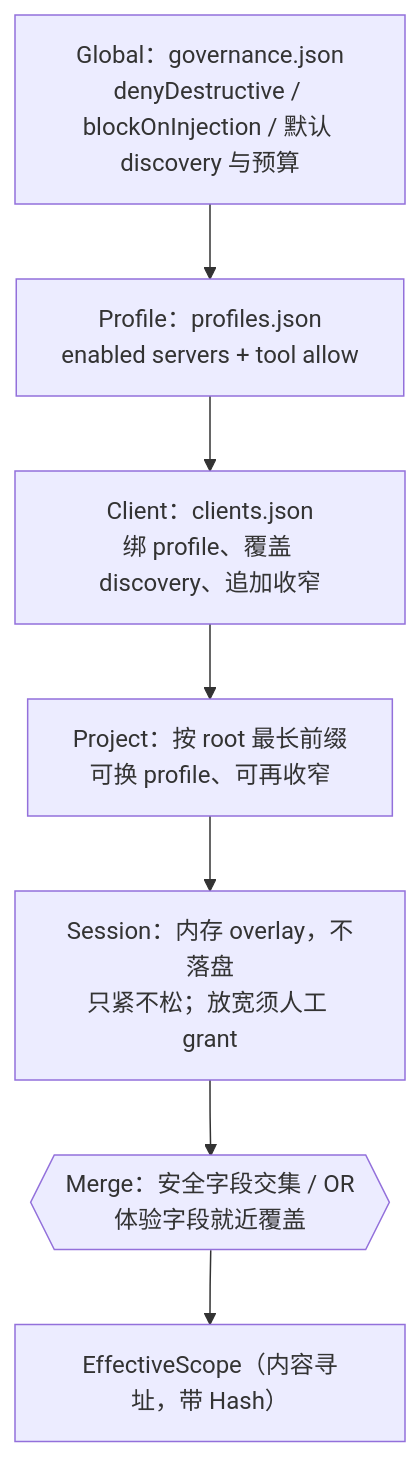
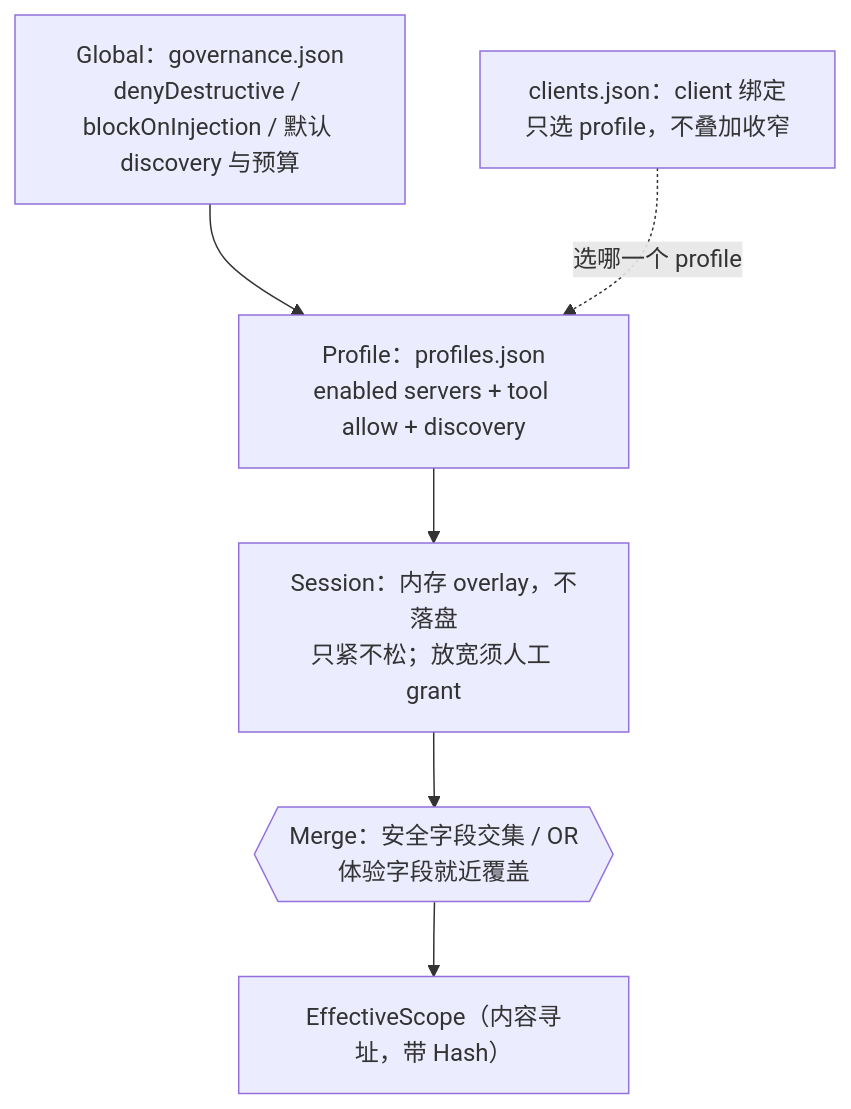
Before and after one commit to dinstein/agent-hub: the seventh of 8 diagrams in docs/zh-CN/architecture.md, drawn with Mermaid. The commit also changed other lines of this file and 22 other files, not shown here.

````diff
--- a/docs/zh-CN/architecture.md
+++ b/docs/zh-CN/architecture.md
@@ -270,9 +270,8 @@
 ```mermaid
 flowchart TD
     G["Global：governance.json<br/>denyDestructive / blockOnInjection / 默认 discovery 与预算"] --> P
-    P["Profile：profiles.json<br/>enabled servers + tool allow"] --> C
-    C["Client：clients.json<br/>绑 profile、覆盖 discovery、追加收窄"] --> PR
-    PR["Project：按 root 最长前缀<br/>可换 profile、可再收窄"] --> S
+    P["Profile：profiles.json<br/>enabled servers + tool allow + discovery"] --> S
     S["Session：内存 overlay，不落盘<br/>只紧不松；放宽须人工 grant"] --> M
     M{{"Merge：安全字段交集 / OR<br/>体验字段就近覆盖"}} --> E["EffectiveScope（内容寻址，带 Hash）"]
+    CL["clients.json：client 绑定<br/>只选 profile，不叠加收窄"] -. "选哪一个 profile" .-> P
 ```
````
